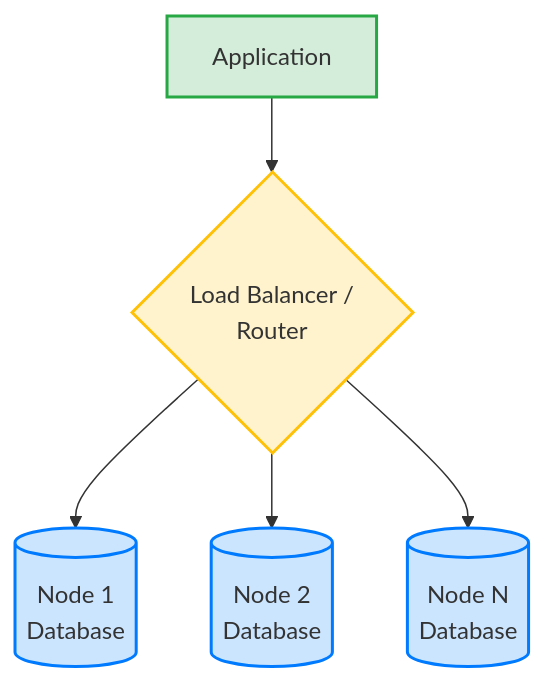
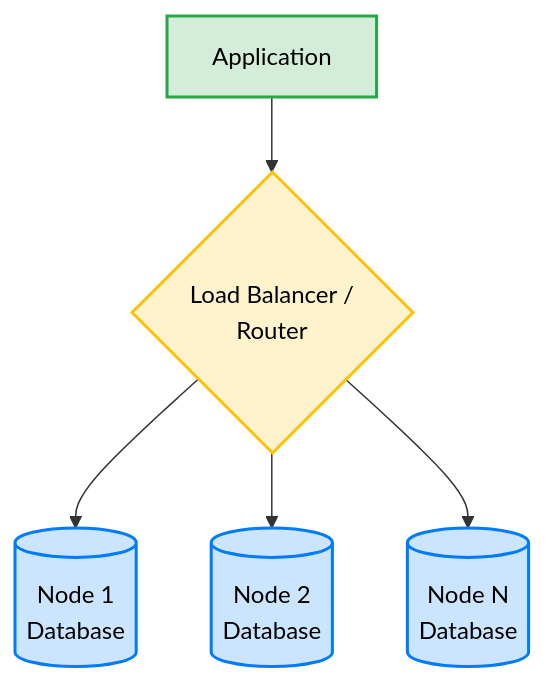
One commit to vuhung16au/ACU-ITEC617 changed the second of 2 diagrams in Week09/05.Database-Scaling.md. Above: the diagram before and after it, drawn with Mermaid. The commit also changed other lines of this file and 1 other file, not shown here.

Commit message:
Add NoSQL introduction and fix diagram styling
Added new Week09/06.NoSQL.md covering NoSQL database concepts, key-value stores, comparisons with SQL, and real-world implementations (MongoDB, Cosmos DB, Redis, Cassandra). Also fixed text color in Database-Scaling.md diagrams for improved readability by adding color:#000 to Mermaid styles.

````diff
--- a/Week09/05.Database-Scaling.md
+++ b/Week09/05.Database-Scaling.md
@@ -47,14 +47,14 @@
 ```mermaid
 graph TD
     A[Application] --> B{Load Balancer /<br/>Router}
     
     B --> C[(Node 1<br/>Database)]
     B --> D[(Node 2<br/>Database)]
     B --> E[(Node N<br/>Database)]
     
-    style A fill:#d4edda,stroke:#28a745,stroke-width:2px
-    style B fill:#fff3cd,stroke:#ffc107,stroke-width:2px
-    style C fill:#cce5ff,stroke:#007bff,stroke-width:2px
-    style D fill:#cce5ff,stroke:#007bff,stroke-width:2px
-    style E fill:#cce5ff,stroke:#007bff,stroke-width:2px
+    style A fill:#d4edda,stroke:#28a745,stroke-width:2px,color:#000
+    style B fill:#fff3cd,stroke:#ffc107,stroke-width:2px,color:#000
+    style C fill:#cce5ff,stroke:#007bff,stroke-width:2px,color:#000
+    style D fill:#cce5ff,stroke:#007bff,stroke-width:2px,color:#000
+    style E fill:#cce5ff,stroke:#007bff,stroke-width:2px,color:#000
 ```
````
